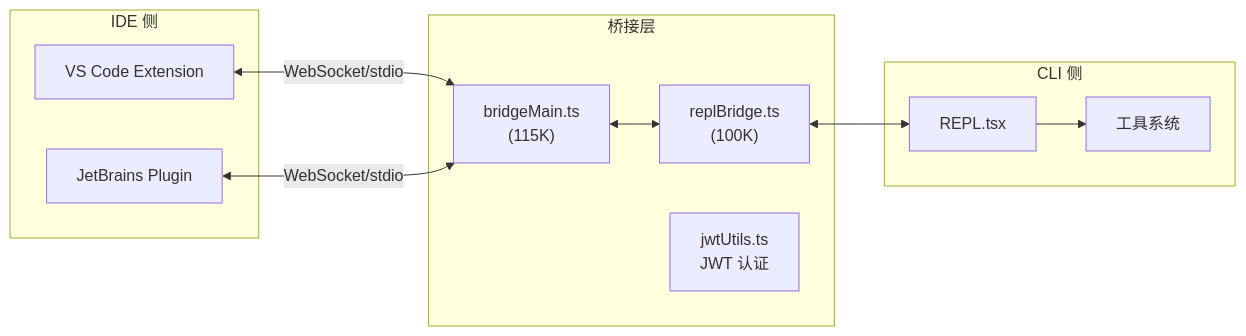
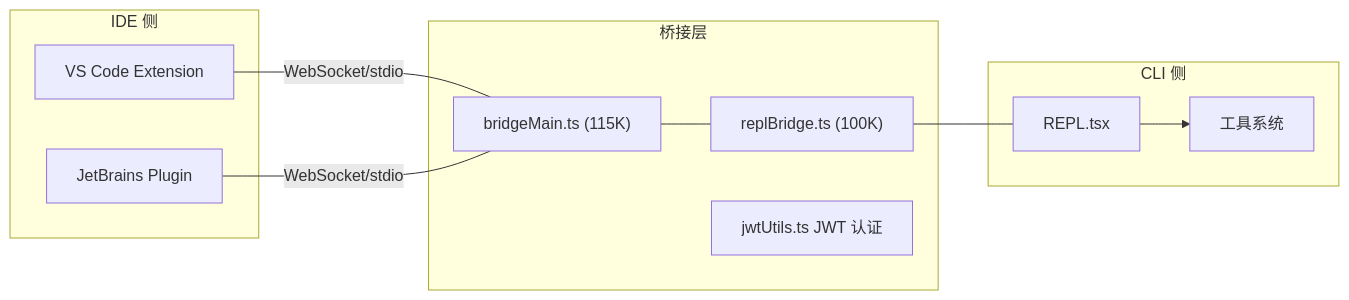
One commit to baorsmile/baorsmile.github.io changed the fifth of 5 diagrams in source/_posts/Claude-Code拆解.md. Above: the diagram before and after it, drawn with Mermaid.

Commit message:
fix: mermaid diagram syntax error in section 9.1

````diff
--- a/source/_posts/Claude-Code拆解.md
+++ b/source/_posts/Claude-Code拆解.md
@@ -498,24 +498,24 @@
 ```mermaid
 graph LR
     subgraph IDE["IDE 侧"]
         VSC["VS Code Extension"]
         JB["JetBrains Plugin"]
     end
     
     subgraph Bridge["桥接层"]
-        BM["bridgeMain.ts<br/>(115K)"]
-        RB["replBridge.ts<br/>(100K)"]
-        JWT["jwtUtils.ts<br/>JWT 认证"]
+        BM["bridgeMain.ts (115K)"]
+        RB["replBridge.ts (100K)"]
+        JWT["jwtUtils.ts JWT 认证"]
     end
     
     subgraph CLI["CLI 侧"]
         REPL2["REPL.tsx"]
         TOOLS["工具系统"]
     end
     
-    VSC <-->|WebSocket/stdio| BM
-    JB <-->|WebSocket/stdio| BM
-    BM <--> RB
-    RB <--> REPL2
+    VSC -- WebSocket/stdio --- BM
+    JB -- WebSocket/stdio --- BM
+    BM --- RB
+    RB --- REPL2
     REPL2 --> TOOLS
 ```
````
